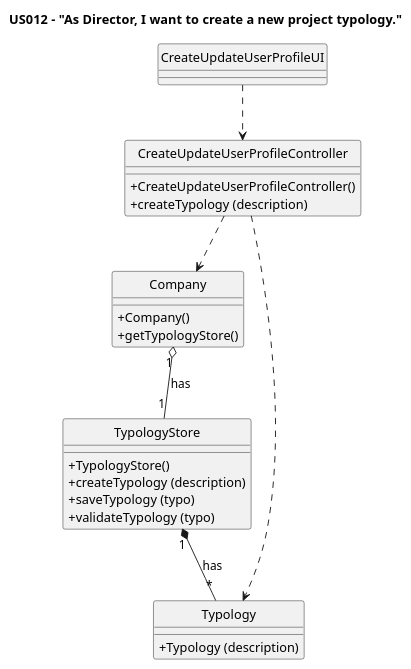
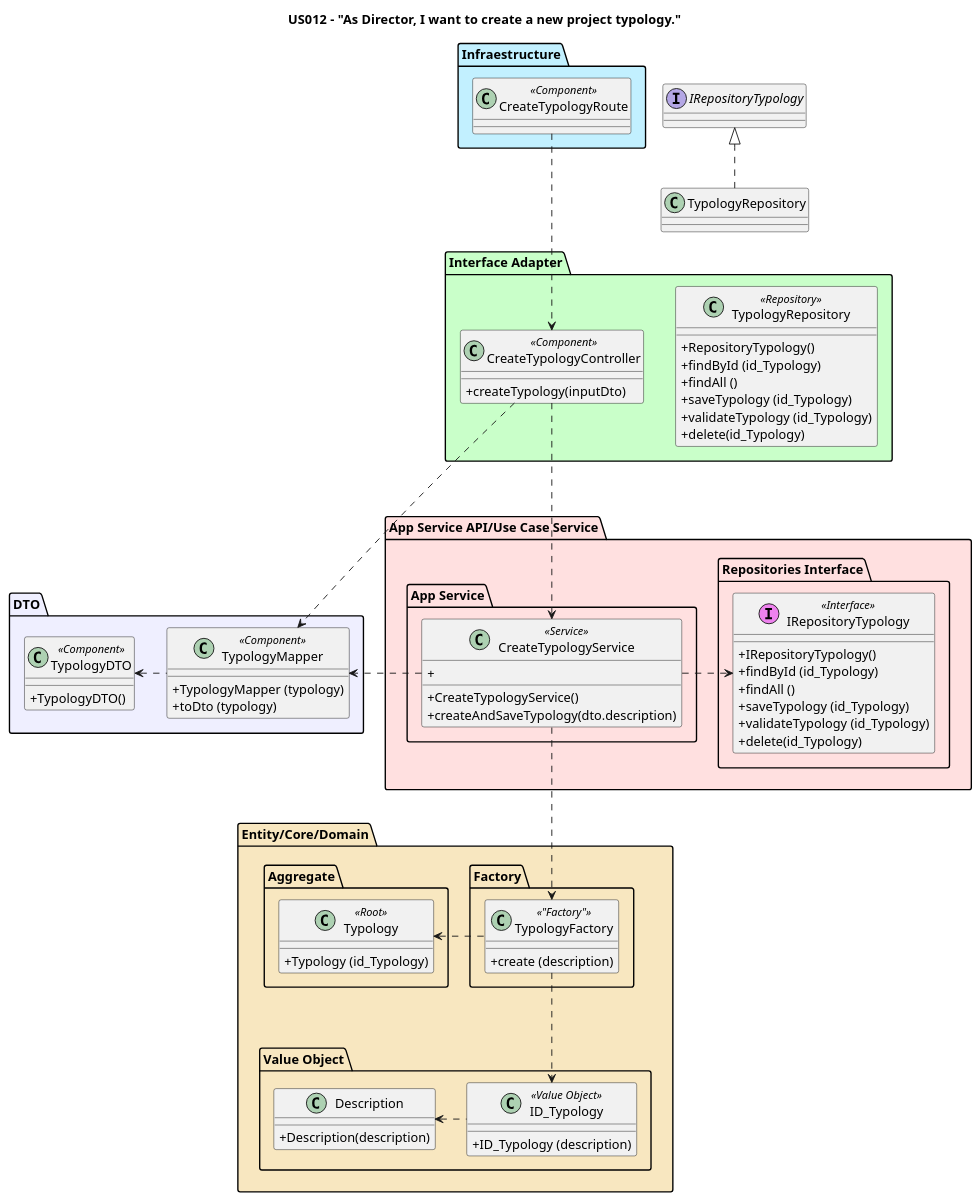
One commit to nunogon1211787/projectManagement changed the diagram in docs/Sprint1/US012/US012-CD.puml. Above: the diagram before and after it, drawn with PlantUML. The commit also changed 45 other files, not shown here.

```diff
--- a/docs/Sprint1/US012/US012-CD.puml
+++ b/docs/Sprint1/US012/US012-CD.puml
@@ -1,38 +1,93 @@
 @startuml
 
-hide circle
 skinparam classAttributeIconSize 0
 
 title US012 - "As Director, I want to create a new project typology."
 
-class CreateUpdateUserProfileUI {
+package "Infraestructure" #application {
+    class CreateTypologyRoute <<Component>>{
+    }
 }
 
-class CreateUpdateUserProfileController {
-+CreateUpdateUserProfileController()
-+createTypology (description)
+package "Interface Adapter" #technology {
+    class CreateTypologyController <<Component>>{
+    +createTypology(inputDto)
+    }
+
+    class TypologyRepository <<Repository>>{
+    +RepositoryTypology()
+    +findById (id_Typology)
+    +findAll ()
+    +saveTypology (id_Typology)
+    +validateTypology (id_Typology)
+    +delete(id_Typology)
+    }
 }
 
-class Company {
-+Company()
-+getTypologyStore()
+package "DTO" #motivation {
+    class TypologyDTO <<Component>> {
+    +TypologyDTO()
+    }
+
+    class TypologyMapper <<Component>> {
+    +TypologyMapper (typology)
+    +toDto (typology)
+    }
 }
 
-class TypologyStore {
-+TypologyStore()
-+createTypology (description)
-+saveTypology (typo)
-+validateTypology (typo)
+package "App Service API/Use Case Service" #implementation {
+    package "App Service" {
+        class CreateTypologyService <<Service>>{
+        +CreateTypologyService()
+        +createAndSaveTypology(dto.description)
+        +
+        }
+    }
+    package "Repositories Interface" {
+        class IRepositoryTypology <<(I, Violet) Interface>> {
+            +IRepositoryTypology()
+            +findById (id_Typology)
+            +findAll ()
+            +saveTypology (id_Typology)
+            +validateTypology (id_Typology)
+            +delete(id_Typology)
+        }
+    }
 }
 
-class Typology {
-+Typology (description)
+
+package "Entity/Core/Domain" #strategy {
+    package "Factory" {
+        class TypologyFactory <<"Factory">> {
+        +create (description)
+        }
+    }
+    package "Aggregate" {
+        class Typology <<Root>>{
+            +Typology (id_Typology)
+        }
+    }
+    package "Value Object"  {
+        class ID_Typology <<Value Object>>{
+        +ID_Typology (description)
+        }
+        class Description {
+        +Description(description)
+        }
+    }
 }
 
-CreateUpdateUserProfileUI ..> CreateUpdateUserProfileController
-CreateUpdateUserProfileController ..> Company
-CreateUpdateUserProfileController ..> Typology
-Company "1" o-- "1" TypologyStore: has
-TypologyStore "1" *-- "*" Typology: has
+CreateTypologyRoute -down..> CreateTypologyController
+CreateTypologyController -down..> CreateTypologyService
+CreateTypologyController -right..> TypologyMapper
+CreateTypologyService -right..> TypologyMapper
+TypologyMapper -left..>TypologyDTO
+CreateTypologyService -down..> TypologyFactory
+TypologyFactory -left..> Typology
+CreateTypologyService -right..> IRepositoryTypology
+IRepositoryTypology -up[hidden]..> TypologyRepository
+class TypologyRepository implements IRepositoryTypology
+TypologyFactory -down..> ID_Typology
+ID_Typology -left..> Description
 
 @enduml
```
